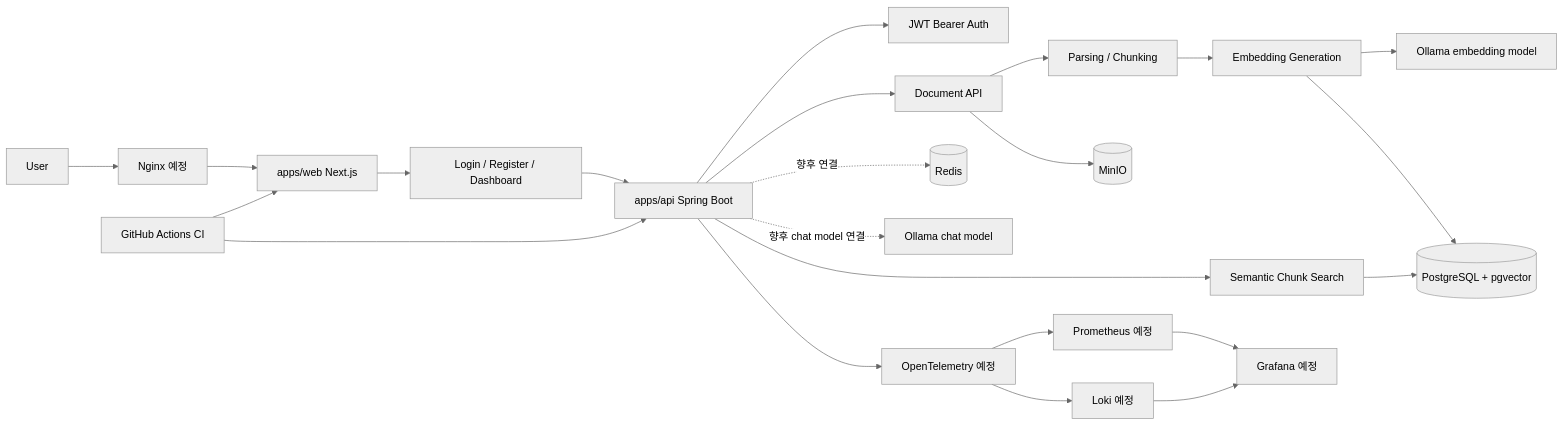
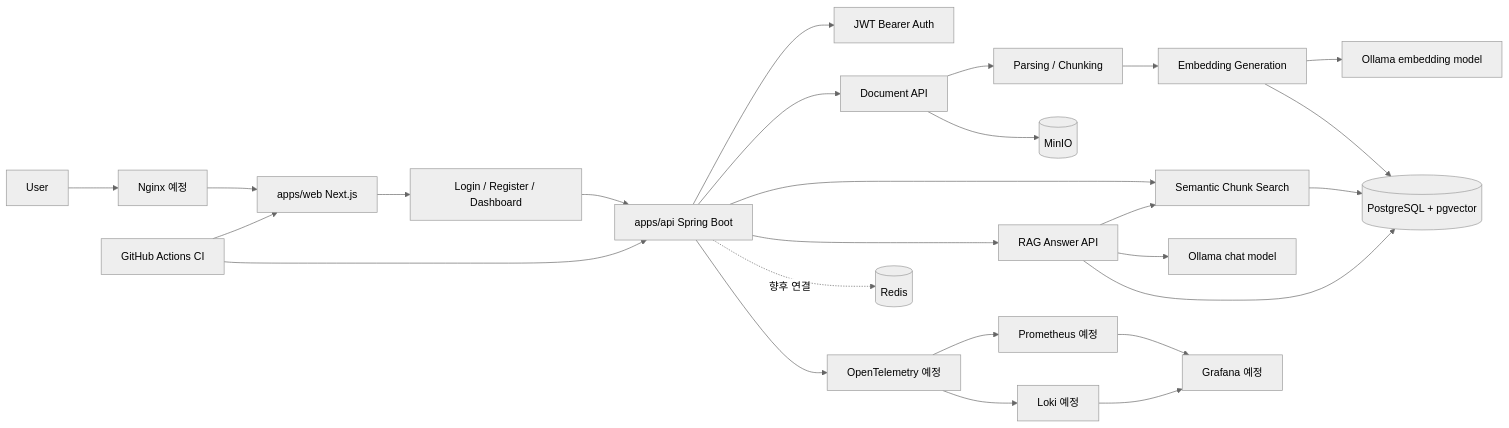
Before and after one commit to jhjung3072/assistops-free: the diagram in docs/architecture.md, drawn with Mermaid (neutral theme). The commit also changed other lines of this file and 45 other files, not shown here.

````diff
--- a/docs/architecture.md
+++ b/docs/architecture.md
@@ -24,25 +27,28 @@
 ```mermaid
 flowchart LR
   user[User] --> nginx[Nginx 예정]
   nginx --> web[apps/web Next.js]
   web --> authUi[Login / Register / Dashboard]
   authUi --> api[apps/api Spring Boot]
   api --> auth[JWT Bearer Auth]
   api --> documents[Document API]
   documents --> parsing[Parsing / Chunking]
   parsing --> embedding[Embedding Generation]
   embedding --> ollama[Ollama embedding model]
   embedding --> postgres[(PostgreSQL + pgvector)]
   api --> search[Semantic Chunk Search]
   search --> postgres
+  api --> rag[RAG Answer API]
+  rag --> search
+  rag --> ollamaChat[Ollama chat model]
+  rag --> postgres
   documents --> minio[(MinIO)]
   api -. 향후 연결 .-> redis[(Redis)]
-  api -. 향후 chat model 연결 .-> ollamaChat[Ollama chat model]
   api --> otel[OpenTelemetry 예정]
   otel --> prometheus[Prometheus 예정]
   otel --> loki[Loki 예정]
   prometheus --> grafana[Grafana 예정]
   loki --> grafana
   github[GitHub Actions CI] --> web
   github --> api
 ```
````
